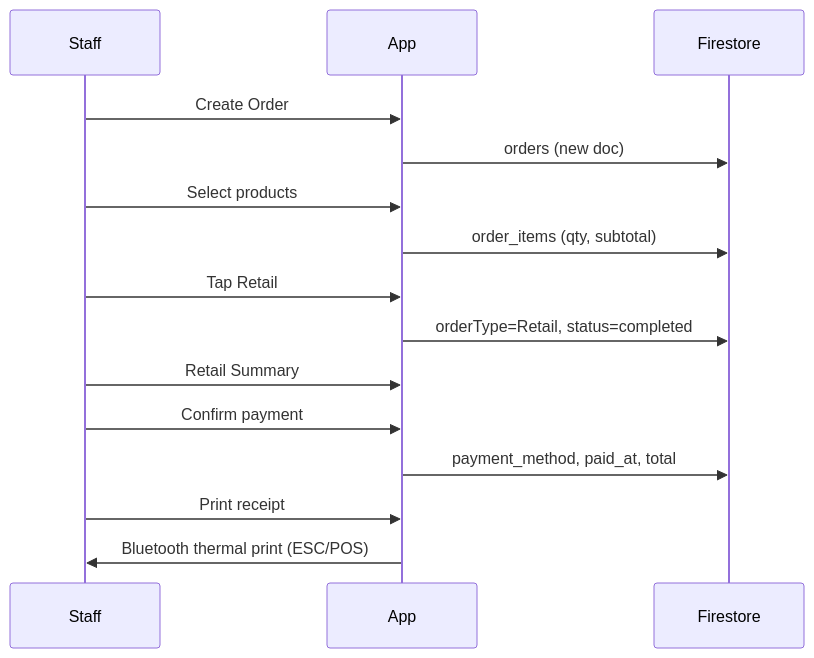
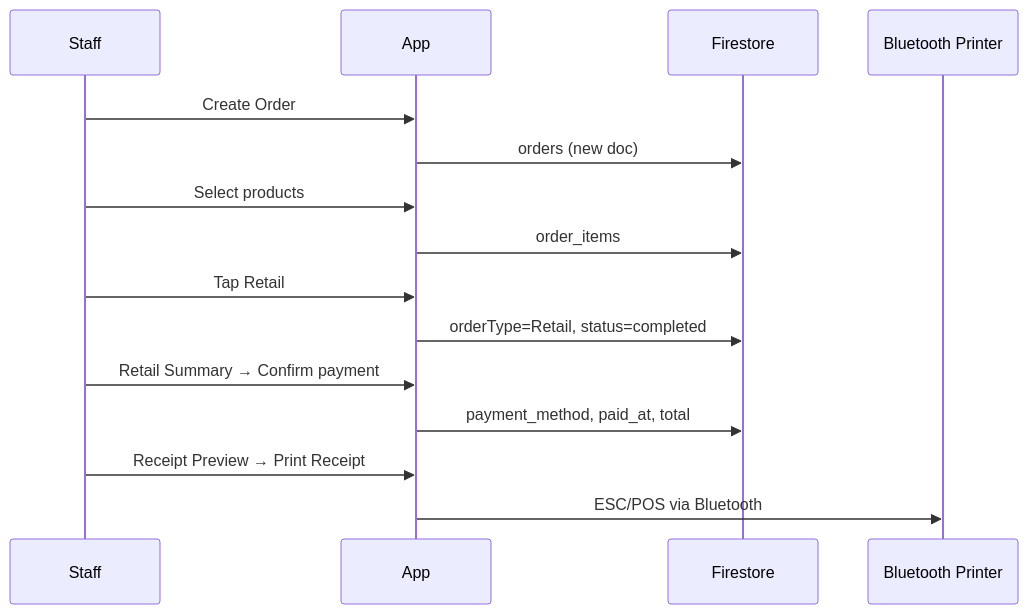
Before and after one commit to kahliantoo-rgb/tfg_vday: the third of 10 diagrams in docs/WORKFLOW.md, drawn with Mermaid. The commit also changed other lines of this file and 13 other files, not shown here.

First line of the commit message:
Add Bluetooth thermal and A4 PDF printing, update docs

````diff
--- a/docs/WORKFLOW.md
+++ b/docs/WORKFLOW.md
@@ -71,18 +75,18 @@
 ```mermaid
 sequenceDiagram
     participant Staff
     participant App
     participant Firestore
+    participant Printer as Bluetooth Printer
 
     Staff->>App: Create Order
     App->>Firestore: orders (new doc)
     Staff->>App: Select products
-    App->>Firestore: order_items (qty, subtotal)
+    App->>Firestore: order_items
     Staff->>App: Tap Retail
     App->>Firestore: orderType=Retail, status=completed
-    Staff->>App: Retail Summary
-    Staff->>App: Confirm payment
+    Staff->>App: Retail Summary → Confirm payment
     App->>Firestore: payment_method, paid_at, total
-    Staff->>App: Print receipt
-    App->>Staff: Bluetooth thermal print (ESC/POS)
+    Staff->>App: Receipt Preview → Print Receipt
+    App->>Printer: ESC/POS via Bluetooth
 ```
````
